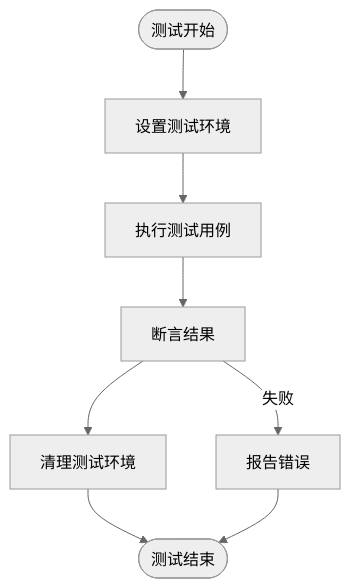
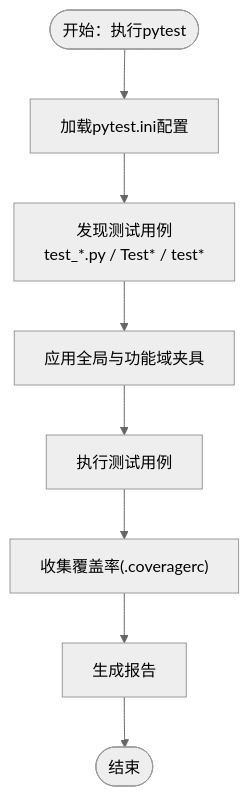
Before and after one commit to HACK-WU/blueking-dbm: the third of 5 diagrams in .qoder/repowiki/zh/content/测试策略.md, drawn with Mermaid (neutral theme). The commit also changed other lines of this file and 343 other files, not shown here.

````diff
--- a/.qoder/repowiki/zh/content/测试策略.md
+++ b/.qoder/repowiki/zh/content/测试策略.md
@@ -44,10 +160,10 @@
 ```mermaid
 flowchart TD
-Start([测试开始]) --> Setup["设置测试环境"]
-Setup --> Execute["执行测试用例"]
-Execute --> Assert["断言结果"]
-Assert --> Teardown["清理测试环境"]
-Teardown --> End([测试结束])
-Assert --> |失败| ReportError["报告错误"]
-ReportError --> End
+Start(["开始：执行pytest"]) --> LoadCfg["加载pytest.ini配置"]
+LoadCfg --> Discover["发现测试用例<br/>test_*.py / Test* / test*"]
+Discover --> ApplyFixtures["应用全局与功能域夹具"]
+ApplyFixtures --> RunTests["执行测试用例"]
+RunTests --> CollectCoverage["收集覆盖率(.coveragerc)"]
+CollectCoverage --> Report["生成报告"]
+Report --> End(["结束"])
 ```
````
